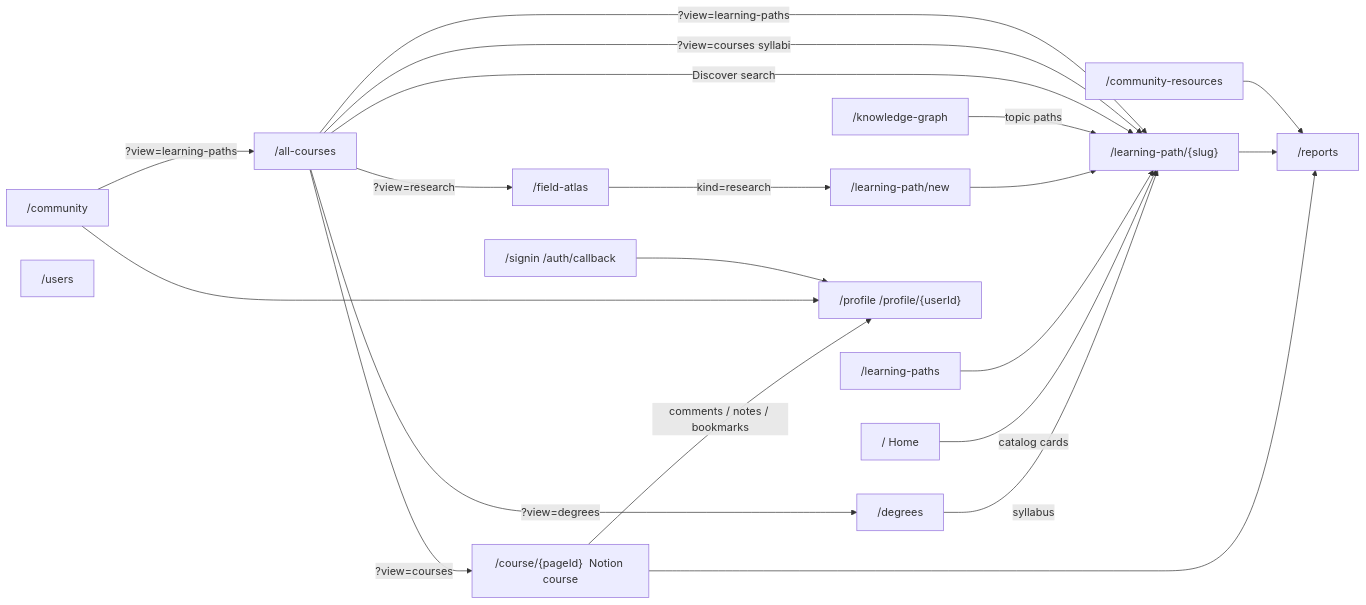
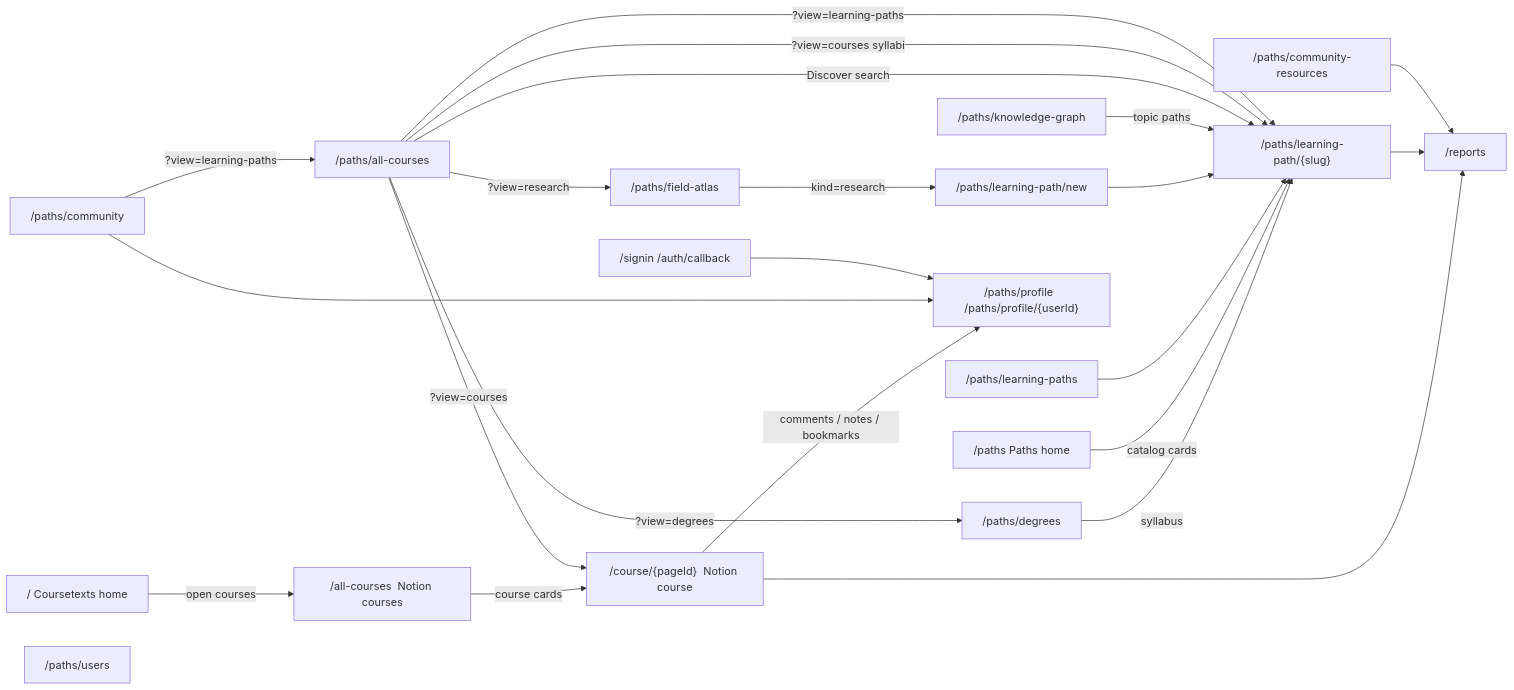
Before and after one commit to coursetexts/notion-site: the second of 4 diagrams in docs/architecture.md, drawn with Mermaid. The commit also changed other lines of this file and 86 other files, not shown here.

First line of the commit message:
Ship Coursetexts/Paths product split with courses home and docs.

````diff
--- a/docs/architecture.md
+++ b/docs/architecture.md
@@ -125,38 +119,42 @@
 ```mermaid
 flowchart LR
-  Home["/  Home"]
+  Home["/  Coursetexts home"]
+  OfficialAll["/all-courses  Notion courses"]
   Course["/course/{pageId}  Notion course"]
-  All["/all-courses"]
-  Degrees["/degrees"]
-  LP["/learning-path/{slug}"]
-  LPNew["/learning-path/new"]
-  LPIndex["/learning-paths"]
-  Atlas["/field-atlas"]
-  KnowledgeGraph["/knowledge-graph"]
-  Community["/community"]
-  Resources["/community-resources"]
-  Profile["/profile  /profile/{userId}"]
-  Users["/users"]
+  PathsHome["/paths  Paths home"]
+  All["/paths/all-courses"]
+  Degrees["/paths/degrees"]
+  LP["/paths/learning-path/{slug}"]
+  LPNew["/paths/learning-path/new"]
+  LPIndex["/paths/learning-paths"]
+  Atlas["/paths/field-atlas"]
+  KnowledgeGraph["/paths/knowledge-graph"]
+  Community["/paths/community"]
+  Resources["/paths/community-resources"]
+  Profile["/paths/profile  /paths/profile/{userId}"]
+  Users["/paths/users"]
   Reports["/reports"]
   Signin["/signin  /auth/callback"]
 
   Degrees -->|"syllabus"| LP
-  Home -->|"catalog cards"| LP
+  PathsHome -->|"catalog cards"| LP
+  Home -->|"open courses"| OfficialAll
+  OfficialAll -->|"course cards"| Course
   LPIndex --> LP
   LPNew --> LP
   Atlas -->|"kind=research"| LPNew
   KnowledgeGraph -->|"topic paths"| LP
   All -->|"Discover search"| LP
   All -->|"?view=courses"| Course
   All -->|"?view=courses syllabi"| LP
   All -->|"?view=learning-paths"| LP
   All -->|"?view=degrees"| Degrees
   All -->|"?view=research"| Atlas
   Community -->|"?view=learning-paths"| All
   Course --> Reports
   LP --> Reports
   Resources --> Reports
   Course -->|"comments / notes / bookmarks"| Profile
   Community --> Profile
   Signin --> Profile
 ```
````
